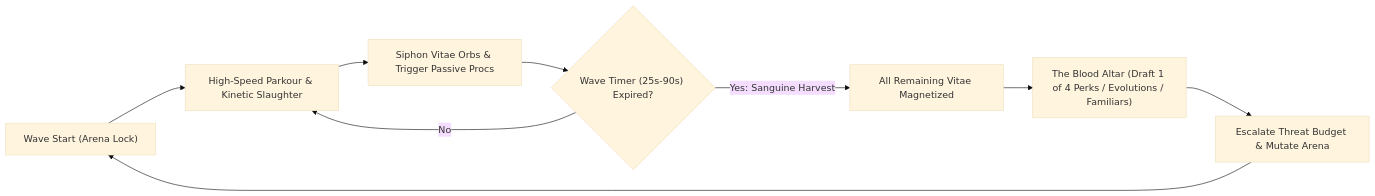
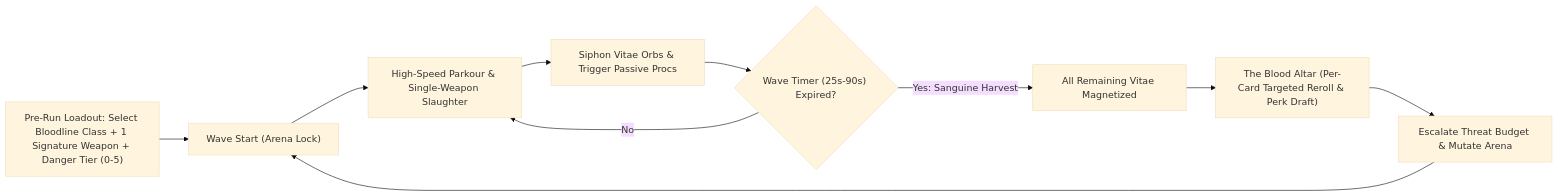
Before and after one commit to PatrickRucarean/sanguine-runner: the first of 4 diagrams in GAME_PLAN.md, drawn with Mermaid (base theme). The commit also changed other lines of this file, not shown here.

Commit message:
docs(gdd): integrate single-weapon rule, Brotato loadouts, differentiated melee geometry, Danger 0-5 & modular maps

````diff
--- a/GAME_PLAN.md
+++ b/GAME_PLAN.md
@@ -17,11 +17,12 @@
 ```mermaid
 flowchart LR
-    A["Wave Start (Arena Lock)"] --> B["High-Speed Parkour & Kinetic Slaughter"]
+    Loadout["Pre-Run Loadout: Select Bloodline Class + 1 Signature Weapon + Danger Tier (0-5)"] --> A["Wave Start (Arena Lock)"]
+    A --> B["High-Speed Parkour & Single-Weapon Slaughter"]
     B --> C["Siphon Vitae Orbs & Trigger Passive Procs"]
     C --> D{"Wave Timer (25s-90s) Expired?"}
     D -- "No" --> B
     D -- "Yes: Sanguine Harvest" --> E["All Remaining Vitae Magnetized"]
-    E --> F["The Blood Altar (Draft 1 of 4 Perks / Evolutions / Familiars)"]
+    E --> F["The Blood Altar (Per-Card Targeted Reroll & Perk Draft)"]
     F --> G["Escalate Threat Budget & Mutate Arena"]
     G --> A
 ```
````
